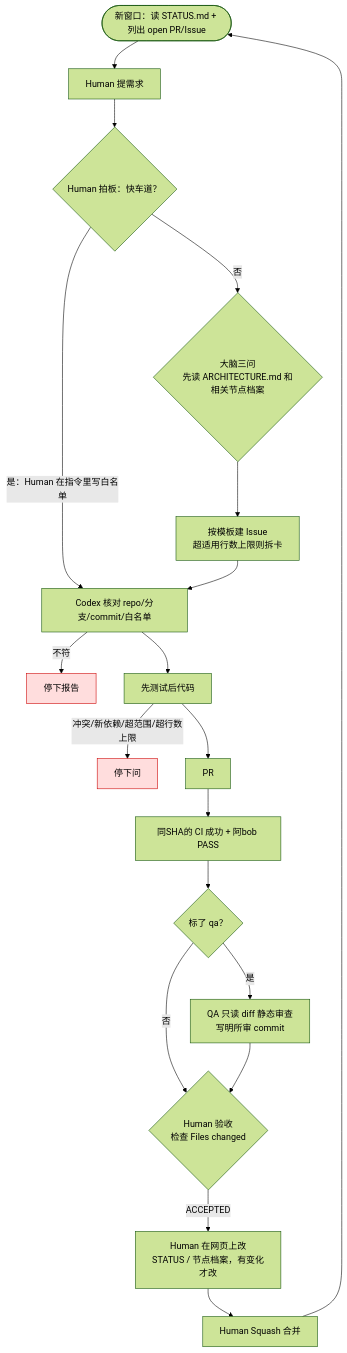
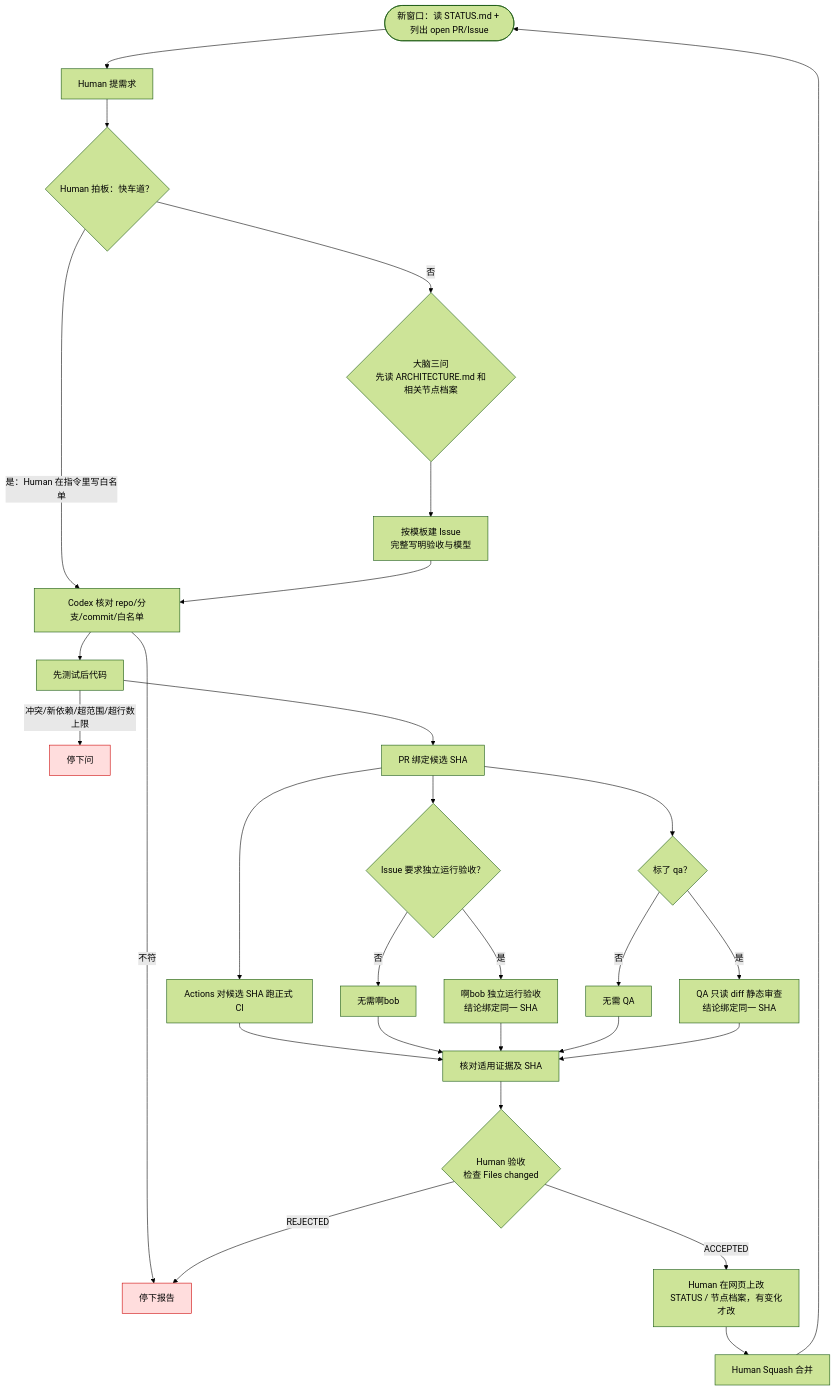
Before and after one commit to zwmhua/Solo-Flow: the diagram in WORKFLOW.md, drawn with Mermaid (forest theme). The commit also changed other lines of this file and 8 other files, not shown here.

````diff
--- a/WORKFLOW.md
+++ b/WORKFLOW.md
@@ -45,24 +46,33 @@
 ```mermaid
 flowchart TD
     S([新窗口：读 STATUS.md + 列出 open PR/Issue]) --> A[Human 提需求]
     A --> FAST{Human 拍板：快车道？}
     FAST -->|是：Human 在指令里写白名单| G
-    FAST -->|否| B{大脑三问<br>先读 ARCHITECTURE.md 和相关节点档案}
-    B --> E[按模板建 Issue<br>超适用行数上限则拆卡]
-    E --> G[Codex 核对 repo/分支/commit/白名单]
+    FAST -->|否| BRAIN{大脑三问<br>先读 ARCHITECTURE.md 和相关节点档案}
+    BRAIN --> I[按模板建 Issue<br>完整写明验收与模型]
+    I --> G[Codex 核对 repo/分支/commit/白名单]
     G -->|不符| X1[停下报告]
-    G --> H[先测试后代码]
-    H -->|冲突/新依赖/超范围/超行数上限| X2[停下问]
-    H --> P[PR]
-    P --> T[同SHA的 CI 成功 + 阿bob PASS]
-    T --> Q{标了 qa？}
-    Q -->|否| V
-    Q -->|是| L[QA 只读 diff 静态审查<br>写明所审 commit]
-    L --> V{Human 验收<br>检查 Files changed}
-    V -->|ACCEPTED| W[Human 在网页上改<br>STATUS / 节点档案，有变化才改]
+    G --> TEST[先测试后代码]
+    TEST -->|冲突/新依赖/超范围/超行数上限| X2[停下问]
+    TEST --> P[PR 绑定候选 SHA]
+    P --> CI[Actions 对候选 SHA 跑正式 CI]
+    P --> BOB{Issue 要求独立运行验收？}
+    BOB -->|否| SKIPBOB[无需啊bob]
+    BOB -->|是| RUN[啊bob 独立运行验收<br>结论绑定同一 SHA]
+    P --> QA{标了 qa？}
+    QA -->|否| SKIPQA[无需 QA]
+    QA -->|是| REVIEW[QA 只读 diff 静态审查<br>结论绑定同一 SHA]
+    CI --> EVID[核对适用证据及 SHA]
+    SKIPBOB --> EVID
+    RUN --> EVID
+    SKIPQA --> EVID
+    REVIEW --> EVID
+    EVID --> HUMAN{Human 验收<br>检查 Files changed}
+    HUMAN -->|ACCEPTED| W[Human 在网页上改<br>STATUS / 节点档案，有变化才改]
+    HUMAN -->|REJECTED| X1
     W --> M[Human Squash 合并]
     M --> S
 
     classDef stop fill:#fdd,stroke:#c00
     class X1,X2 stop
 ```
````
